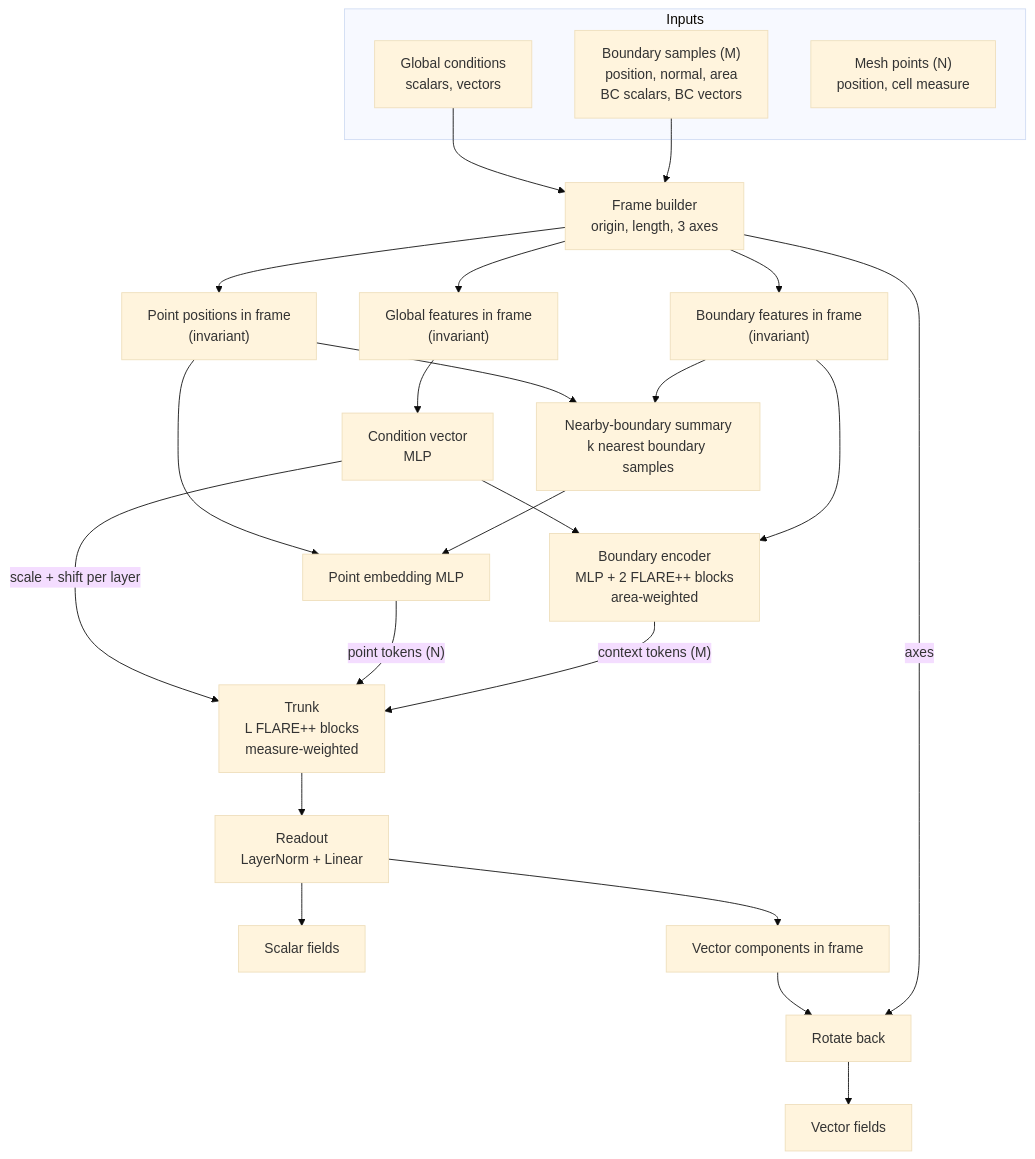
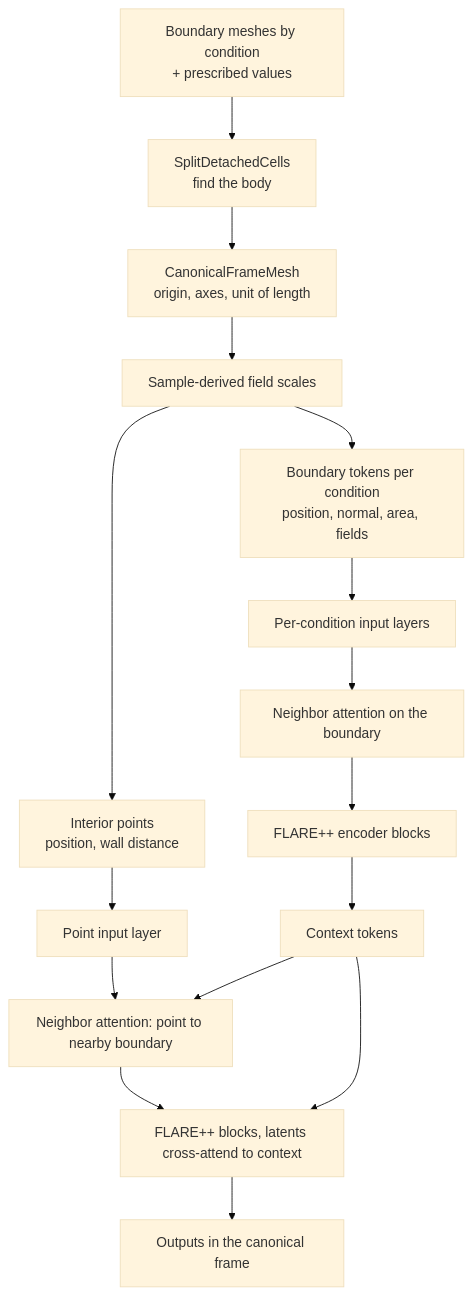
Before and after one commit to coreyjadams/physicsnemo: the diagram in geotransolver_pp_design.md, drawn with Mermaid (base theme). The commit also changed other lines of this file and 21 other files, not shown here.

````diff
--- a/geotransolver_pp_design.md
+++ b/geotransolver_pp_design.md
@@ -29,34 +32,18 @@
 ```mermaid
 flowchart TD
-    subgraph IN[Inputs]
-        B["Boundary samples (M)<br/>position, normal, area<br/>BC scalars, BC vectors"]
-        G["Global conditions<br/>scalars, vectors"]
-        P["Mesh points (N)<br/>position, cell measure"]
-    end
-
-    B --> F["Frame builder<br/>origin, length, 3 axes"]
-    G --> F
-
-    F --> BI["Boundary features in frame<br/>(invariant)"]
-    F --> GI["Global features in frame<br/>(invariant)"]
-    F --> PI["Point positions in frame<br/>(invariant)"]
-
-    BI --> BE["Boundary encoder<br/>MLP + 2 FLARE++ blocks<br/>area-weighted"]
-    BI --> KN["Nearby-boundary summary<br/>k nearest boundary samples"]
-    PI --> KN
-    KN --> PE["Point embedding MLP"]
-    PI --> PE
-
-    GI --> C["Condition vector<br/>MLP"]
-
-    BE -->|"context tokens (M)"| T["Trunk<br/>L FLARE++ blocks<br/>measure-weighted"]
-    PE -->|"point tokens (N)"| T
-    C -->|"scale + shift per layer"| T
-    C --> BE
-
-    T --> R["Readout<br/>LayerNorm + Linear"]
-    R --> S["Scalar fields"]
-    R --> V["Vector components in frame"]
-    F -->|"axes"| RB["Rotate back"]
-    V --> RB --> VO["Vector fields"]
+    A[Boundary meshes by condition<br/>+ prescribed values] --> B
+    B[SplitDetachedCells<br/>find the body]
+    B --> C[CanonicalFrameMesh<br/>origin, axes, unit of length]
+    C --> D[Sample-derived field scales]
+    D --> E[Boundary tokens per condition<br/>position, normal, area, fields]
+    D --> F[Interior points<br/>position, wall distance]
+    E --> G[Per-condition input layers]
+    G --> H[Neighbor attention on the boundary]
+    H --> I[FLARE++ encoder blocks] --> J[Context tokens]
+    F --> K[Point input layer]
+    K --> L[Neighbor attention: point to nearby boundary]
+    J --> L
+    L --> M[FLARE++ blocks, latents cross-attend to context]
+    J --> M
+    M --> N[Outputs in the canonical frame]
 ```
````
